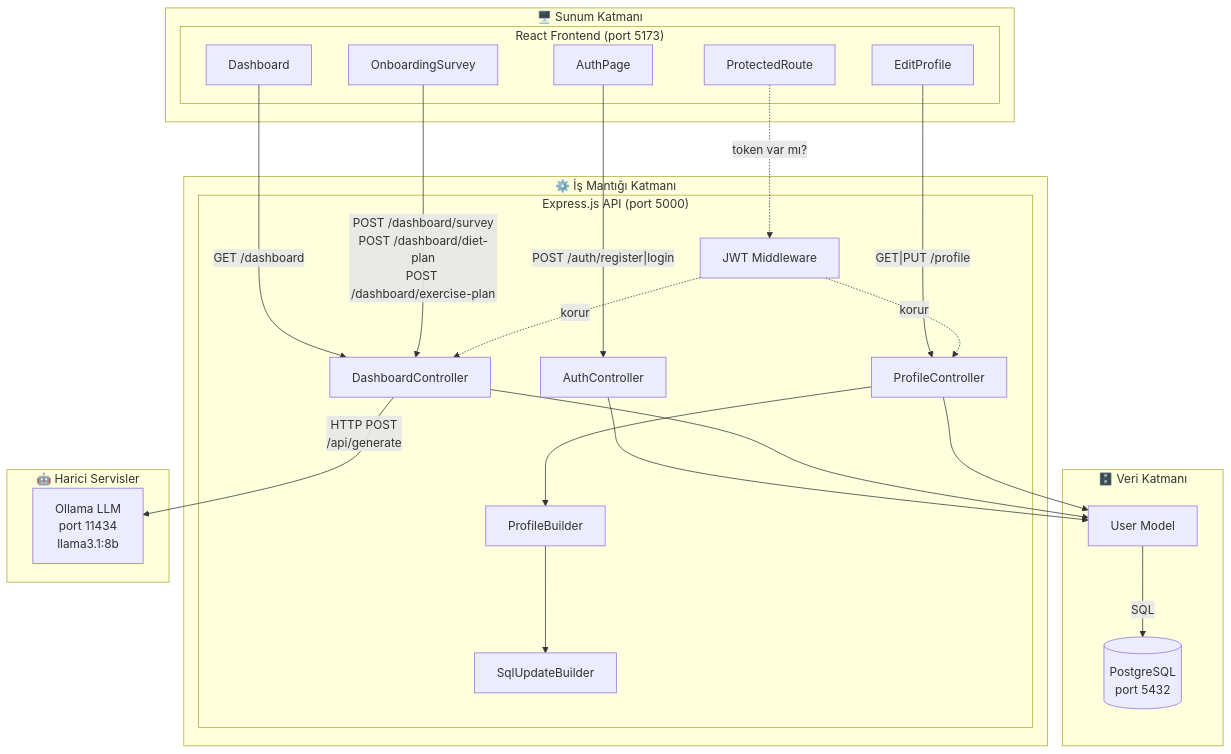
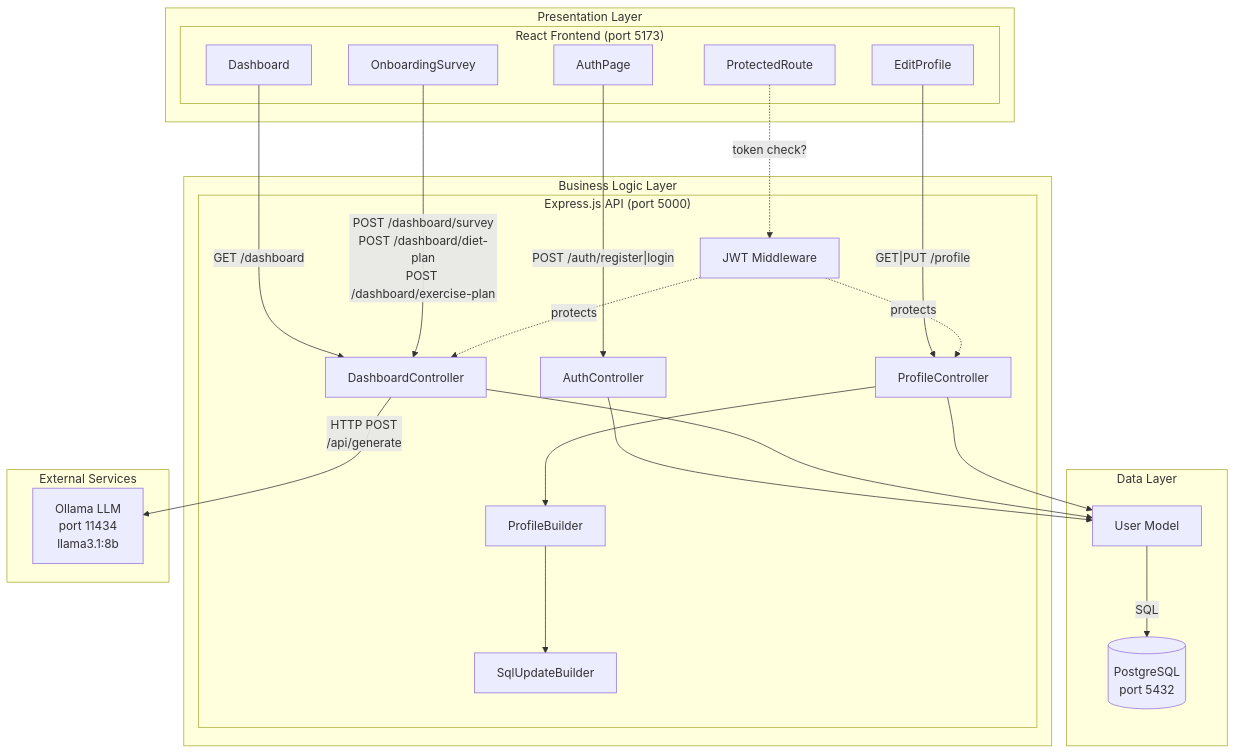
The first of 6 diagrams in docs/architecture/SDD_v3.md (beyzadegirmenci/LifeSync), drawn with Mermaid before and after one commit. The commit also changed other lines of this file, not shown here.

````diff
--- a/docs/architecture/SDD_v3.md
+++ b/docs/architecture/SDD_v3.md
@@ -34,49 +33,49 @@
 ```mermaid
 graph TB
-    subgraph PL["🖥️ Sunum Katmanı"]
+    subgraph PL["Presentation Layer"]
         subgraph FE["React Frontend (port 5173)"]
             AUTH_P["AuthPage"]
             DASH_P["Dashboard"]
             SURVEY_P["OnboardingSurvey"]
             PROFILE_P["EditProfile"]
             PROT_R["ProtectedRoute"]
         end
     end
 
-    subgraph BL["⚙️ İş Mantığı Katmanı"]
+    subgraph BL["Business Logic Layer"]
         subgraph BE["Express.js API (port 5000)"]
             MW["JWT Middleware"]
             AC["AuthController"]
             DC["DashboardController"]
             PC["ProfileController"]
             PB["ProfileBuilder"]
             SB["SqlUpdateBuilder"]
         end
     end
 
-    subgraph DL["🗄️ Veri Katmanı"]
+    subgraph DL["Data Layer"]
         UM["User Model"]
         DB[("PostgreSQL\nport 5432")]
     end
 
-    subgraph EX["🤖 Harici Servisler"]
+    subgraph EX["External Services"]
         OL["Ollama LLM\nport 11434\nllama3.1:8b"]
     end
 
     AUTH_P -->|"POST /auth/register|login"| AC
     DASH_P -->|"GET /dashboard"| DC
     SURVEY_P -->|"POST /dashboard/survey\nPOST /dashboard/diet-plan\nPOST /dashboard/exercise-plan"| DC
     PROFILE_P -->|"GET|PUT /profile"| PC
-    PROT_R -.->|"token var mı?"| MW
+    PROT_R -.->|"token check?"| MW
 
-    MW -.->|"korur"| DC
-    MW -.->|"korur"| PC
+    MW -.->|"protects"| DC
+    MW -.->|"protects"| PC
 
     AC --> UM
     DC --> UM
     DC -->|"HTTP POST\n/api/generate"| OL
     PC --> PB
     PB --> SB
     PC --> UM
     UM -->|"SQL"| DB
 ```
````
